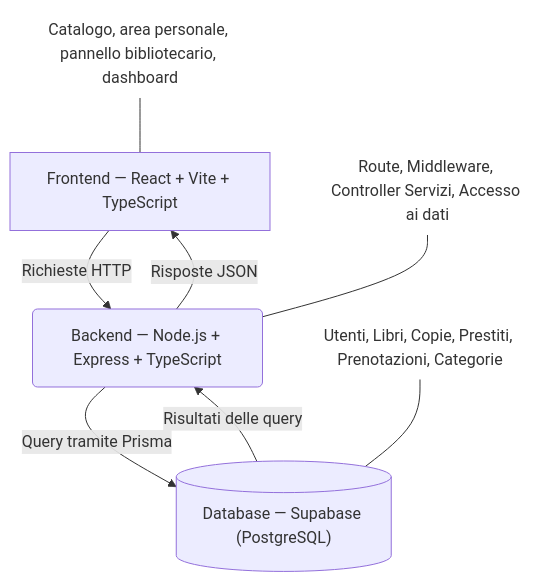
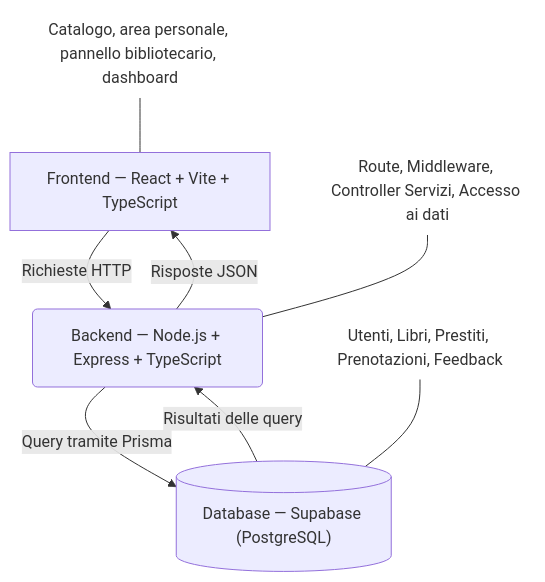
The diagram in documents/diagrams/stack.md (Fedois/project-work), drawn with Mermaid before and after one commit. The commit also changed 40 other files, not shown here.

````diff
--- a/documents/diagrams/stack.md
+++ b/documents/diagrams/stack.md
@@ -3,17 +3,17 @@
 ```mermaid
 flowchart TB
     A["Frontend — React + Vite + TypeScript"] -- Richieste HTTP --> B("Backend — Node.js + Express + TypeScript<br>")
     B -- Risposte JSON --> A
     B -- Query tramite Prisma --> C[("Database — Supabase (PostgreSQL)")]
     C -- Risultati delle query --> B
     n1["Catalogo, area personale, pannello bibliotecario, dashboard"]
     n2["Route, Middleware, Controller Servizi, Accesso ai dati"]
-    n3["Utenti, Libri, Copie, Prestiti, Prenotazioni, Categorie"]
+    n3["Utenti, Libri, Prestiti, Prenotazioni, Feedback"]
 
     n1@{ shape: text}
     n2@{ shape: text}
     n3@{ shape: text}
     n1 --- A
     n2 --- B
     n3 --- C
 ```
````
